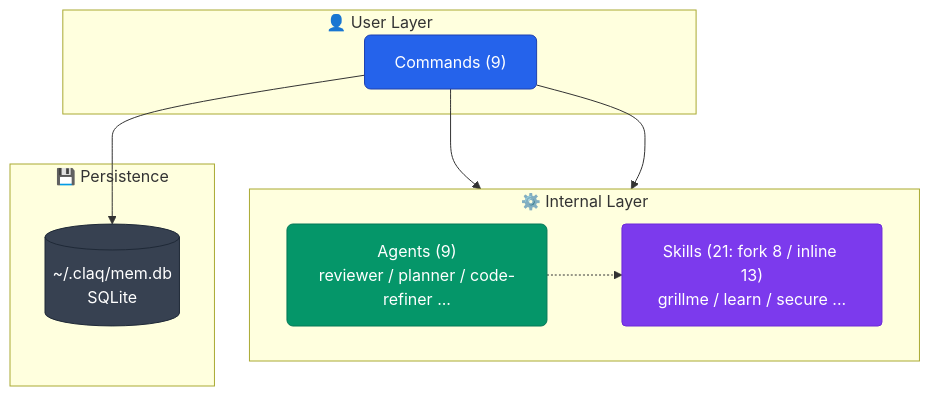
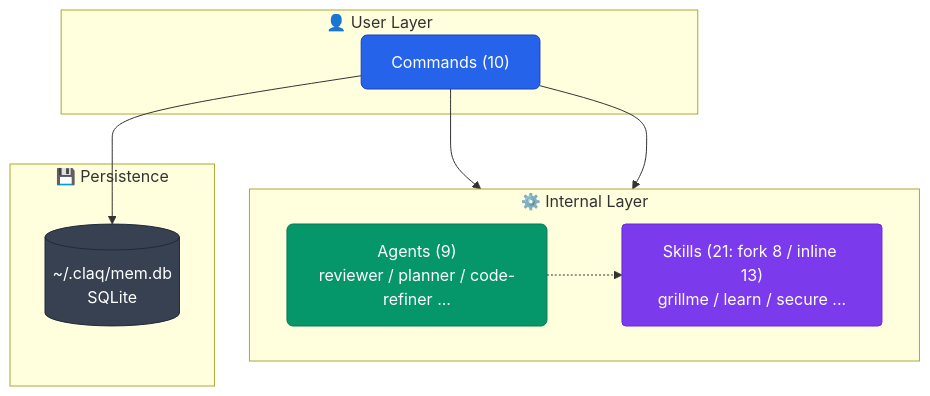
Diagram 20 of 20 in README.md (aokumablue/claq), drawn with Mermaid before and after one commit. The commit also changed other lines of this file and 2 other files, not shown here.

Commit message:
feat(commands): 依存更新と破壊的変更への追従を行う /package-upgrade を追加する

````diff
--- a/README.md
+++ b/README.md
@@ -769,26 +792,26 @@
 ```mermaid
 flowchart TB
   classDef cmd    fill:#2563eb,stroke:#1e40af,color:#fff,rx:6
   classDef agent  fill:#059669,stroke:#047857,color:#fff,rx:6
   classDef skill  fill:#7c3aed,stroke:#6d28d9,color:#fff,rx:4
   classDef store  fill:#374151,stroke:#1f2937,color:#fff,rx:4
 
   subgraph user["👤 User Layer"]
-    CMD["Commands (9)"]:::cmd
+    CMD["Commands (10)"]:::cmd
   end
 
   subgraph internal["⚙️ Internal Layer"]
     direction LR
     AGT["Agents (9)<br/>reviewer / planner / code-refiner ..."]:::agent
     SKL["Skills (21: fork 8 / inline 13)<br/>grillme / learn / secure ..."]:::skill
   end
 
   subgraph persistence["💾 Persistence"]
     DB[("~/.claq/mem.db<br/>SQLite")]:::store
   end
 
   CMD --> AGT
   CMD --> SKL
   AGT -.-> SKL
   CMD --> DB
 ```
````
